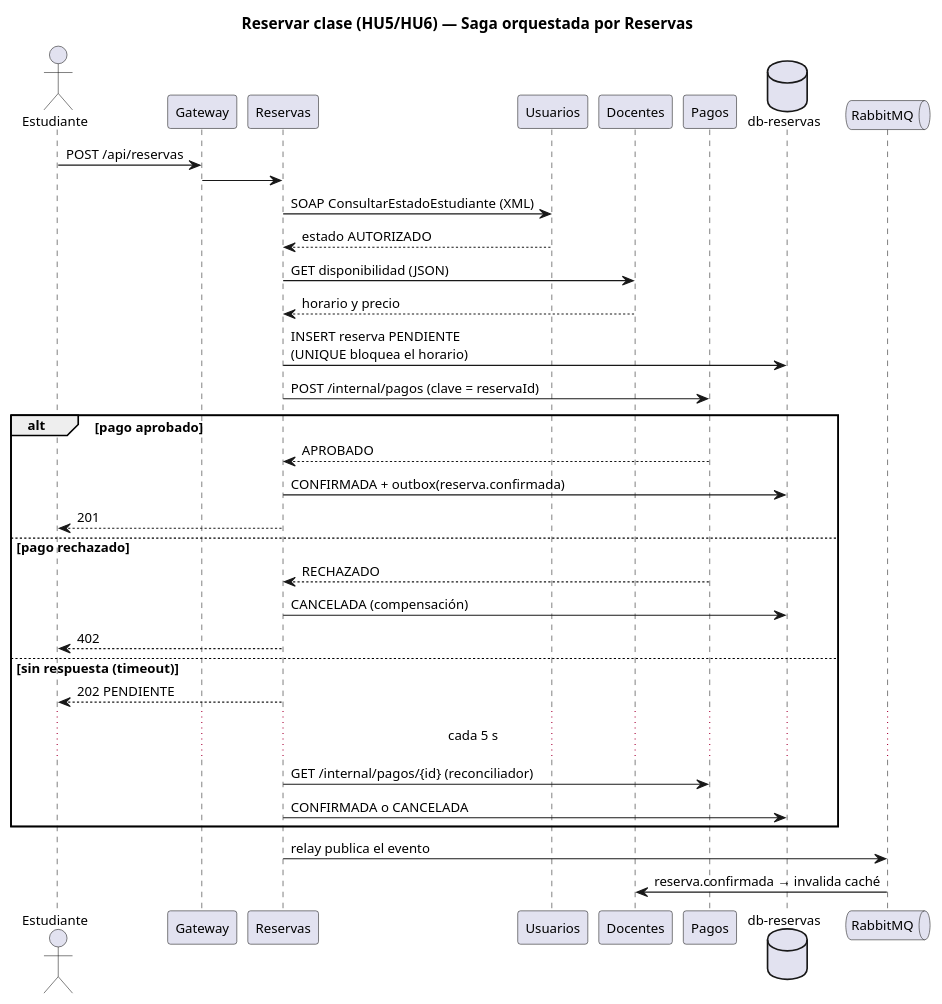
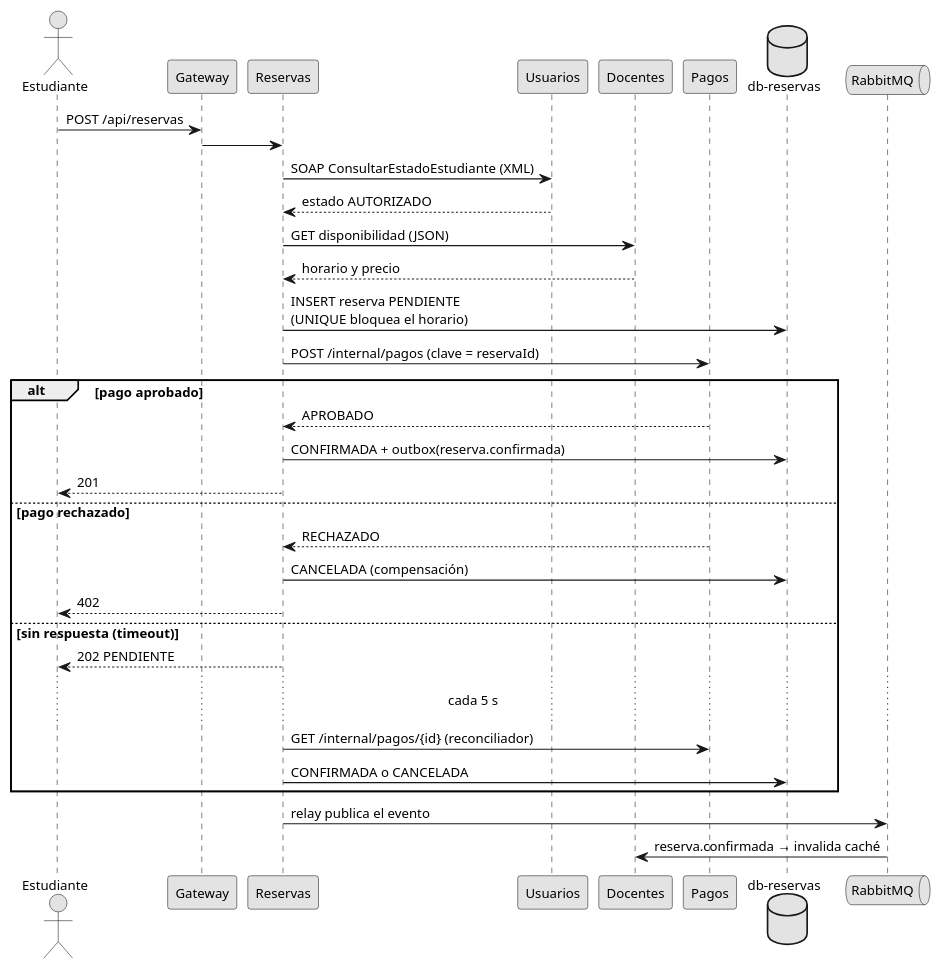
Before and after one commit to SebastianCuneo/tutorYA: the diagram in docs/ut5/secuencia_reserva.puml, drawn with PlantUML. The commit also changed 7 other files, not shown here.

First line of the commit message:
UT5: diagramas en blanco y negro, sin títulos ni notas

```diff
--- a/docs/ut5/secuencia_reserva.puml
+++ b/docs/ut5/secuencia_reserva.puml
@@ -1,39 +1,41 @@
 @startuml secuencia_reserva
+skinparam monochrome true
 skinparam shadowing false
+skinparam defaultFontName Arial
 skinparam defaultFontSize 12
-title Reservar clase (HU5/HU6) — Saga orquestada por Reservas
+skinparam backgroundColor white
 
 actor Estudiante
 participant Gateway
 participant Reservas
 participant Usuarios
 participant Docentes
 participant Pagos
 database "db-reservas" as DB
 queue RabbitMQ
 
 Estudiante -> Gateway : POST /api/reservas
 Gateway -> Reservas
 Reservas -> Usuarios : SOAP ConsultarEstadoEstudiante (XML)
 Usuarios --> Reservas : estado AUTORIZADO
 Reservas -> Docentes : GET disponibilidad (JSON)
 Docentes --> Reservas : horario y precio
 Reservas -> DB : INSERT reserva PENDIENTE\n(UNIQUE bloquea el horario)
 Reservas -> Pagos : POST /internal/pagos (clave = reservaId)
 alt pago aprobado
   Pagos --> Reservas : APROBADO
   Reservas -> DB : CONFIRMADA + outbox(reserva.confirmada)
   Reservas --> Estudiante : 201
 else pago rechazado
   Pagos --> Reservas : RECHAZADO
   Reservas -> DB : CANCELADA (compensación)
   Reservas --> Estudiante : 402
 else sin respuesta (timeout)
   Reservas --> Estudiante : 202 PENDIENTE
   ... cada 5 s ...
   Reservas -> Pagos : GET /internal/pagos/{id} (reconciliador)
   Reservas -> DB : CONFIRMADA o CANCELADA
 end
 Reservas -> RabbitMQ : relay publica el evento
 RabbitMQ -> Docentes : reserva.confirmada → invalida caché
 @enduml
```
